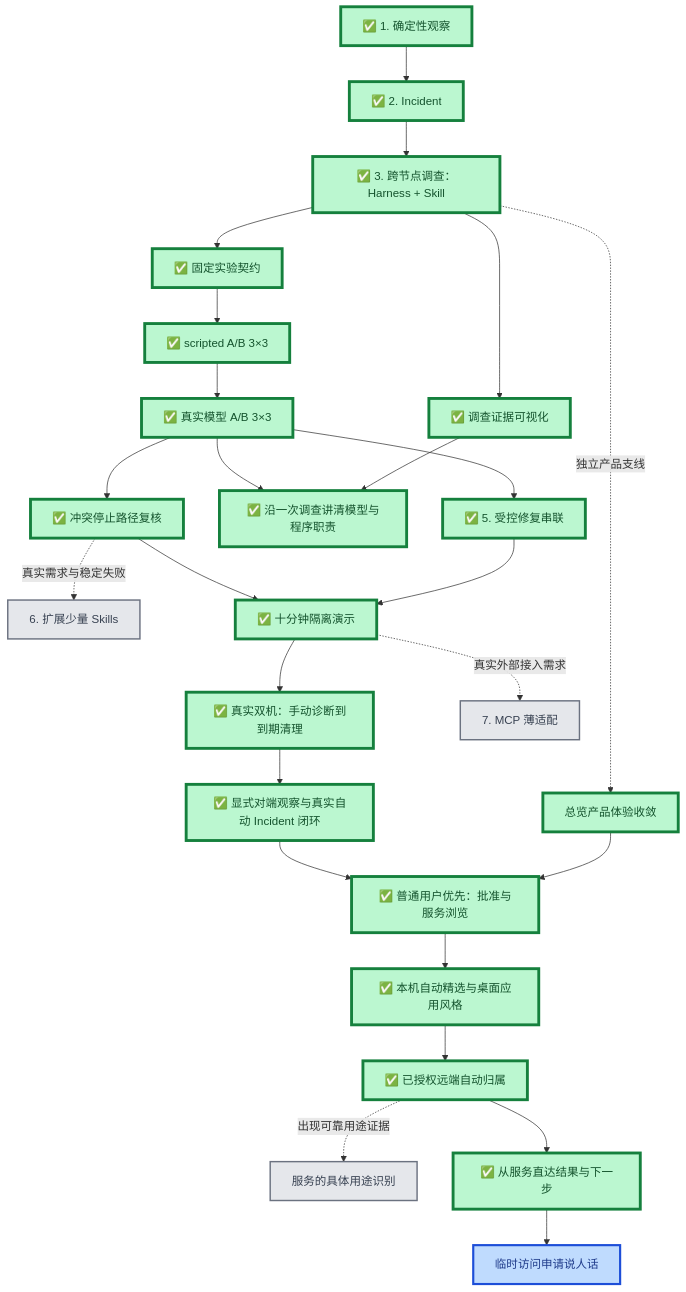
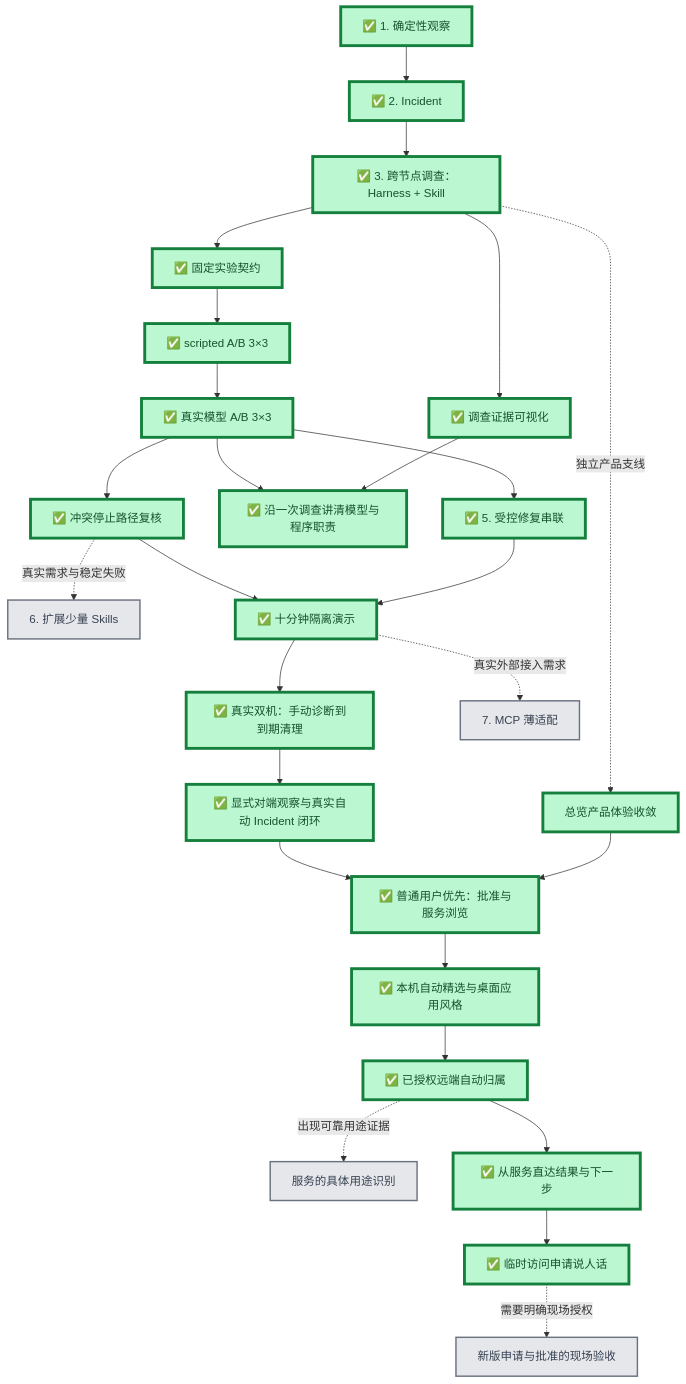
One commit to Sugarfarmeriod/TunnelMinion changed the first of 2 diagrams in docs/project/roadmap.md. Above: the diagram before and after it, drawn with Mermaid. The commit also changed other lines of this file and 6 other files, not shown here.

````diff
--- a/docs/project/roadmap.md
+++ b/docs/project/roadmap.md
@@ -8,46 +8,48 @@
 ```mermaid
 flowchart TB
     A["✅ 1. 确定性观察"] --> B["✅ 2. Incident"]
     B --> C["✅ 3. 跨节点调查：Harness + Skill"]
 
     C --> D1["✅ 固定实验契约"]
     D1 --> D2["✅ scripted A/B 3×3"]
     D2 --> D3["✅ 真实模型 A/B 3×3"]
 
     D3 --> E["✅ 5. 受控修复串联"]
     C --> V["✅ 调查证据可视化"]
     V --> W["✅ 沿一次调查讲清模型与程序职责"]
     D3 --> W
     D3 --> F["✅ 冲突停止路径复核"]
     F -.真实需求与稳定失败.-> K["6. 扩展少量 Skills"]
     E --> H["✅ 十分钟隔离演示"]
     F --> H
     H --> R["✅ 真实双机：手动诊断到到期清理"]
     R --> I["✅ 显式对端观察与真实自动 Incident 闭环"]
     H -.真实外部接入需求.-> G["7. MCP 薄适配"]
 
     C -.独立产品支线.-> U["总览产品体验收敛"]
     U --> P["✅ 普通用户优先：批准与服务浏览"]
     I --> P
     P --> Q["✅ 本机自动精选与桌面应用风格"]
     Q --> Q2["✅ 已授权远端自动归属"]
     Q2 -.出现可靠用途证据.-> Q3["服务的具体用途识别"]
     Q2 --> Q4["✅ 从服务直达结果与下一步"]
-    Q4 --> Q5["临时访问申请说人话"]
+    Q4 --> Q5["✅ 临时访问申请说人话"]
+    Q5 -.需要明确现场授权.-> Q6["新版申请与批准的现场验收"]
 
     classDef done fill:#bbf7d0,stroke:#15803d,stroke-width:4px,color:#14532d;
     classDef current fill:#fde68a,stroke:#b45309,stroke-width:5px,color:#78350f;
     classDef next fill:#bfdbfe,stroke:#1d4ed8,stroke-width:3px,color:#1e3a8a;
     classDef later fill:#e5e7eb,stroke:#6b7280,stroke-width:2px,color:#374151;
     class A,B,C,D1,D2,D3,E,F,H,R,V done;
     class U done;
     class W done;
     class I done;
     class G,K later;
     class P done;
     class Q done;
     class Q2 done;
     class Q3 later;
     class Q4 done;
-    class Q5 next;
+    class Q5 done;
+    class Q6 later;
 ```
````
